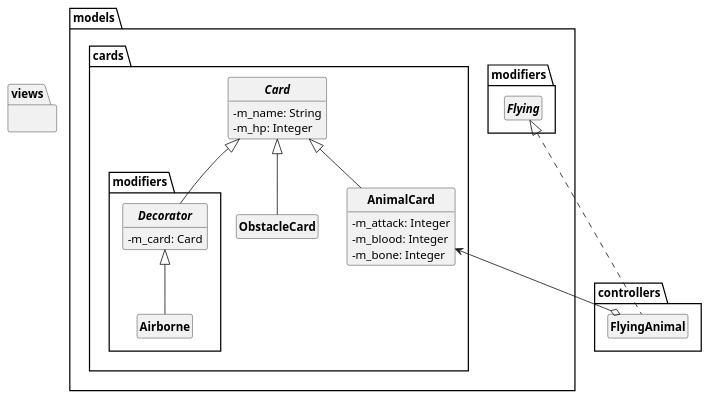
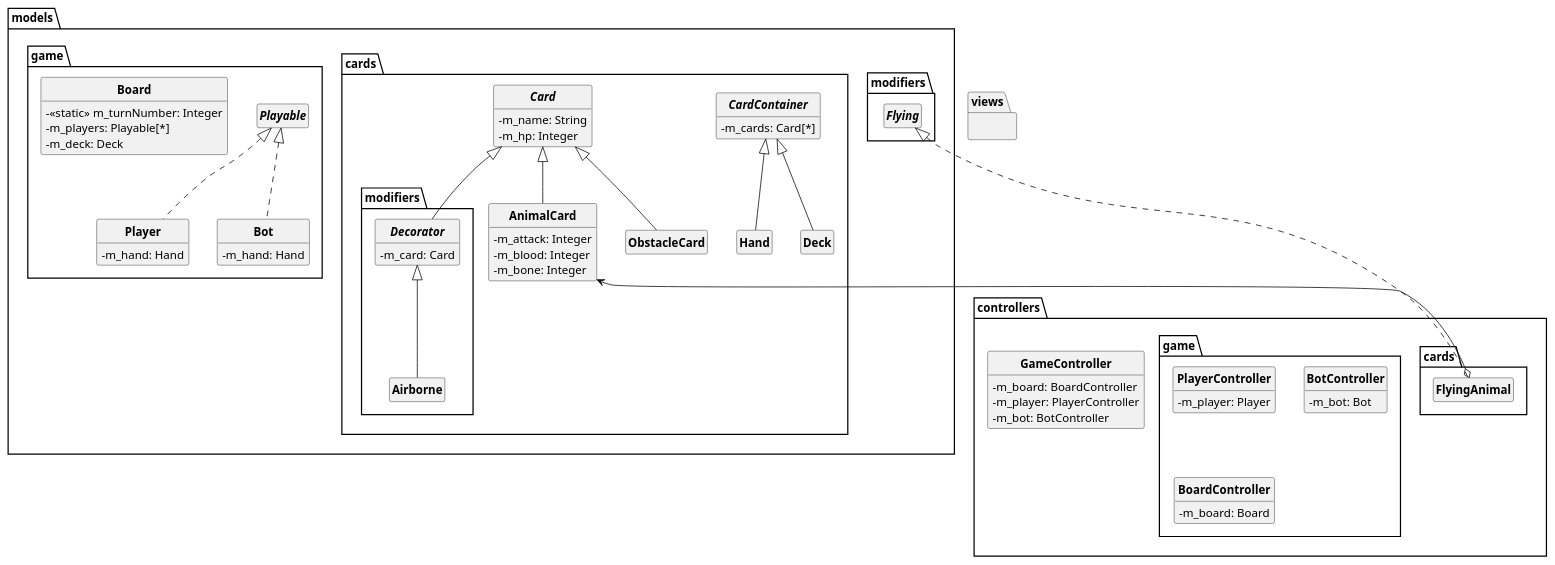
Before and after one commit to Guyomeuh/inscryption-tui: the diagram in uml/classes.puml, drawn with PlantUML.

Commit message:
ajout de classes controllers et models

```diff
--- a/uml/classes.puml
+++ b/uml/classes.puml
@@ -1,45 +1,97 @@
 @startuml
 
 skinparam classAttributeIconSize 0
 skinparam classFontStyle Bold
 skinparam style strictuml
 hide empty members
 
 package models {
     package cards {
+        abstract class CardContainer {
+            - m_cards: Card[*]
+        }
+
+        class Deck extends CardContainer {
+        }
+
+        class Hand extends CardContainer {
+        }
+
         abstract class Card {
             - m_name: String 
             - m_hp: Integer
         }
 
         class AnimalCard extends Card {
             - m_attack: Integer 
             - m_blood: Integer 
             - m_bone: Integer 
         }
 
         class ObstacleCard extends Card {
         }
 
         package modifiers {
             abstract class Decorator extends models.cards.Card {
                 - m_card: Card
             } 
 
             class Airborne extends Decorator {
 
             }
         }
     }
+
+    package game {
+        interface Playable {
+        }
+
+        class Player implements Playable {
+            - m_hand: Hand
+        }
+
+        class Bot implements Playable {
+            - m_hand: Hand
+        }
+
+        class Board {
+            - <<static>> m_turnNumber: Integer
+            - m_players: Playable[*]
+            - m_deck: Deck
+        }
+    }
 }
 
 package views {
 }
 
 package controllers {
-    class FlyingAnimal implements models.modifiers.Flying {
+    package cards {
+        class FlyingAnimal implements models.modifiers.Flying {
+        }
+
+        FlyingAnimal o-U-> models.cards.AnimalCard
     }
-    FlyingAnimal o-U-> models.cards.AnimalCard
+
+    package game {
+        class PlayerController {
+            - m_player: Player
+        }
+
+        class BotController {
+            - m_bot: Bot 
+        }
+
+        class BoardController {
+            - m_board: Board
+        }
+    }
+
+    class GameController {
+        - m_board: BoardController 
+        - m_player: PlayerController
+        - m_bot: BotController 
+    }
 }
 
 @enduml
```
